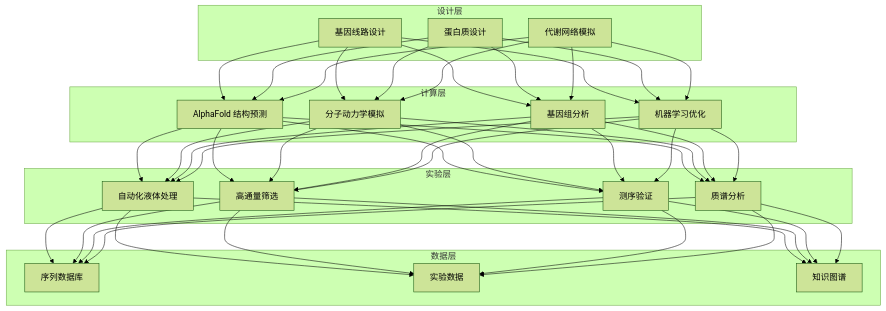
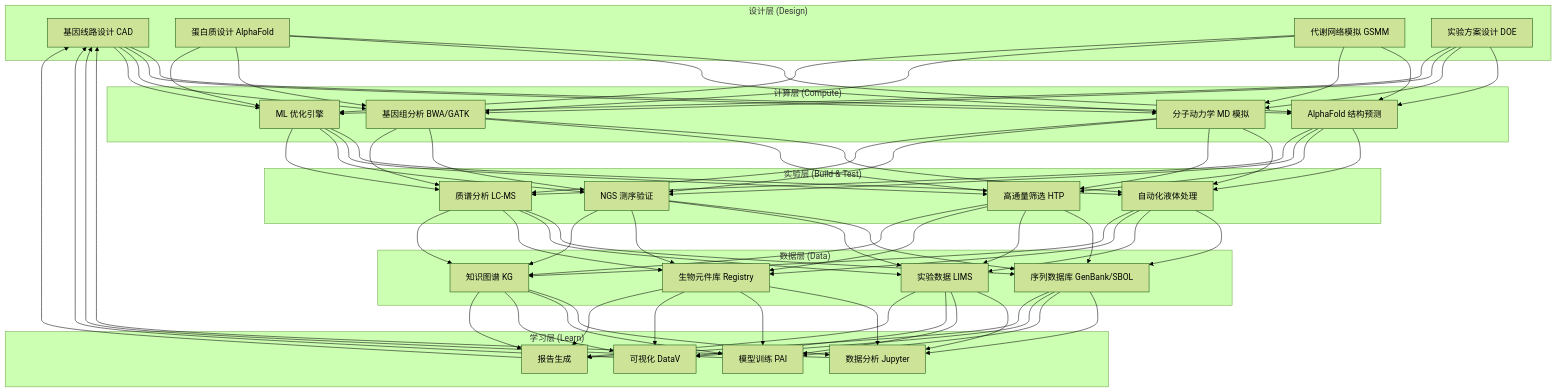
One commit to kudig-io/kudig-database changed the first of 4 diagrams in topic-application-architecture/76-synthetic-biology.md. Above: the diagram before and after it, drawn with Mermaid (forest theme). The commit also changed other lines of this file and 8633 other files, not shown here.

````diff
--- a/topic-application-architecture/76-synthetic-biology.md
+++ b/topic-application-architecture/76-synthetic-biology.md
@@ -49,32 +130,43 @@
 ```mermaid
 graph TB
-    subgraph 设计层
-        D1[基因线路设计]
-        D2[蛋白质设计]
-        D3[代谢网络模拟]
+    subgraph 设计层["设计层 (Design)"]
+        D1[基因线路设计 CAD]
+        D2[蛋白质设计 AlphaFold]
+        D3[代谢网络模拟 GSMM]
+        D4[实验方案设计 DOE]
     end
 
-    subgraph 计算层
+    subgraph 计算层["计算层 (Compute)"]
         C1[AlphaFold 结构预测]
-        C2[分子动力学模拟]
-        C3[基因组分析]
-        C4[机器学习优化]
+        C2[分子动力学 MD 模拟]
+        C3[基因组分析 BWA/GATK]
+        C4[ML 优化引擎]
     end
 
-    subgraph 实验层
+    subgraph 实验层["实验层 (Build & Test)"]
         E1[自动化液体处理]
-        E2[高通量筛选]
-        E3[测序验证]
-        E4[质谱分析]
+        E2[高通量筛选 HTP]
+        E3[NGS 测序验证]
+        E4[质谱分析 LC-MS]
     end
 
-    subgraph 数据层
-        DATA1[序列数据库]
-        DATA2[实验数据]
-        DATA3[知识图谱]
+    subgraph 数据层["数据层 (Data)"]
+        DATA1[序列数据库 GenBank/SBOL]
+        DATA2[实验数据 LIMS]
+        DATA3[生物元件库 Registry]
+        DATA4[知识图谱 KG]
     end
 
-    D1 & D2 & D3 --> C1 & C2 & C3 & C4
+    subgraph 学习层["学习层 (Learn)"]
+        L1[数据分析 Jupyter]
+        L2[模型训练 PAI]
+        L3[可视化 DataV]
+        L4[报告生成]
+    end
+
+    D1 & D2 & D3 & D4 --> C1 & C2 & C3 & C4
     C1 & C2 & C3 & C4 --> E1 & E2 & E3 & E4
-    E1 & E2 & E3 & E4 --> DATA1 & DATA2 & DATA3
+    E1 & E2 & E3 & E4 --> DATA1 & DATA2 & DATA3 & DATA4
+    DATA1 & DATA2 & DATA3 & DATA4 --> L1 & L2 & L3 & L4
+    L1 & L2 & L3 & L4 --> D1
 ```
````
